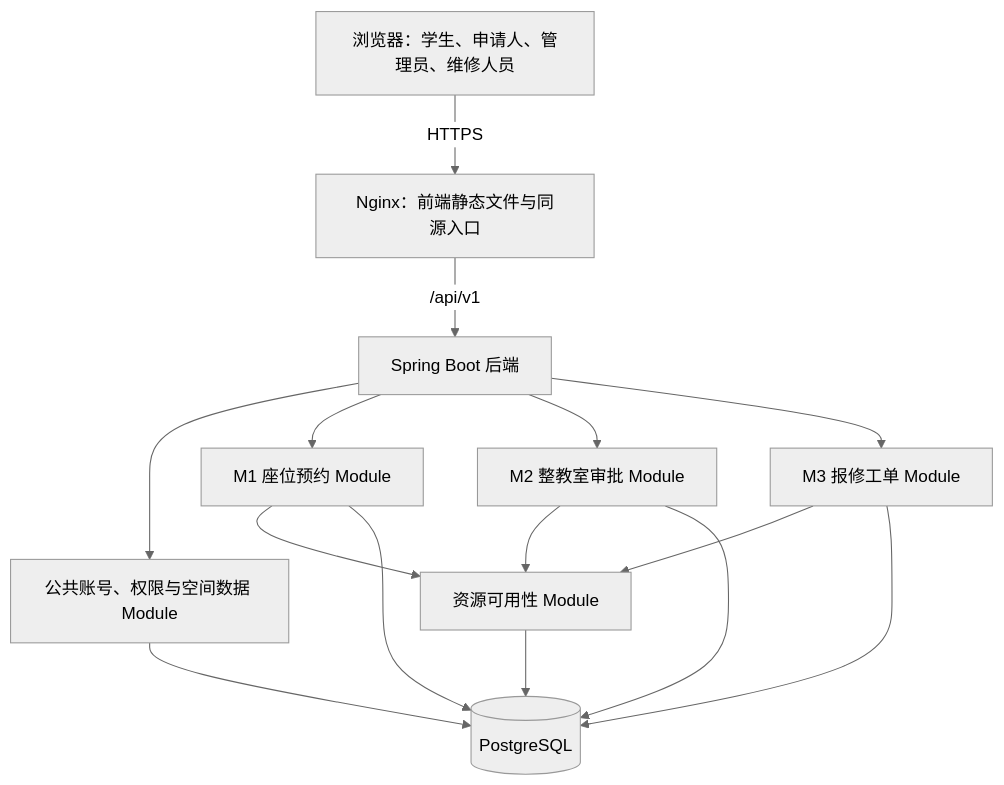
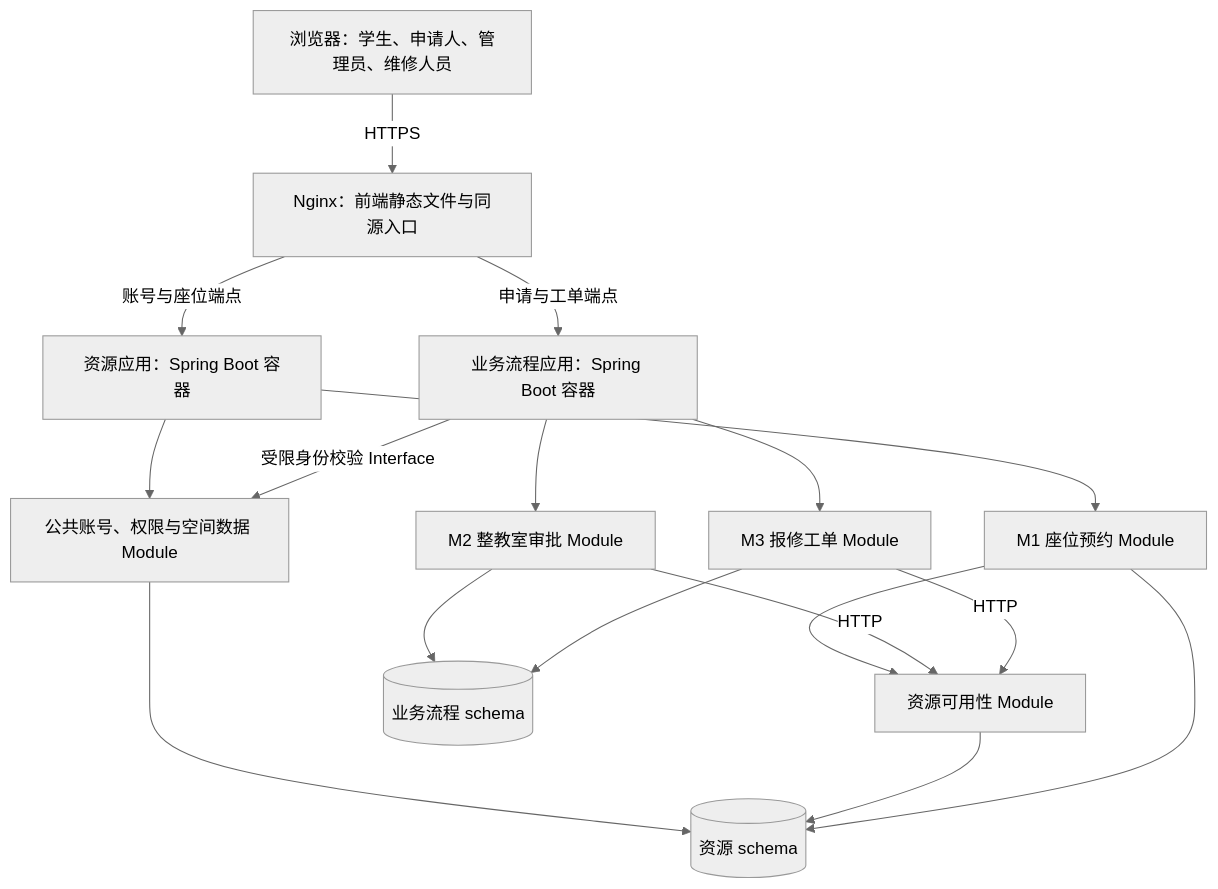
One commit to NICERTYU/campus-resource-platform changed the diagram in docs/technical-plan.md. Above: the diagram before and after it, drawn with Mermaid (neutral theme). The commit also changed other lines of this file and 4 other files, not shown here.

````diff
--- a/docs/technical-plan.md
+++ b/docs/technical-plan.md
@@ -46,17 +48,19 @@
 ```mermaid
 flowchart TD
     U[浏览器：学生、申请人、管理员、维修人员] -->|HTTPS| W[Nginx：前端静态文件与同源入口]
-    W -->|/api/v1| B[Spring Boot 后端]
-    B --> D[公共账号、权限与空间数据 Module]
-    B --> M1[M1 座位预约 Module]
-    B --> M2[M2 整教室审批 Module]
-    B --> M3[M3 报修工单 Module]
+    W -->|账号与座位端点| C[资源应用：Spring Boot 容器]
+    W -->|申请与工单端点| F[业务流程应用：Spring Boot 容器]
+    C --> D[公共账号、权限与空间数据 Module]
+    C --> M1[M1 座位预约 Module]
+    F --> M2[M2 整教室审批 Module]
+    F --> M3[M3 报修工单 Module]
     M1 --> R[资源可用性 Module]
-    M2 --> R
-    M3 --> R
-    D --> P[(PostgreSQL)]
-    R --> P
-    M1 --> P
-    M2 --> P
-    M3 --> P
+    M2 -->|HTTP| R
+    M3 -->|HTTP| R
+    F -->|受限身份校验 Interface| D
+    D --> PC[(资源 schema)]
+    R --> PC
+    M1 --> PC
+    M2 --> PF[(业务流程 schema)]
+    M3 --> PF
 ```
````
